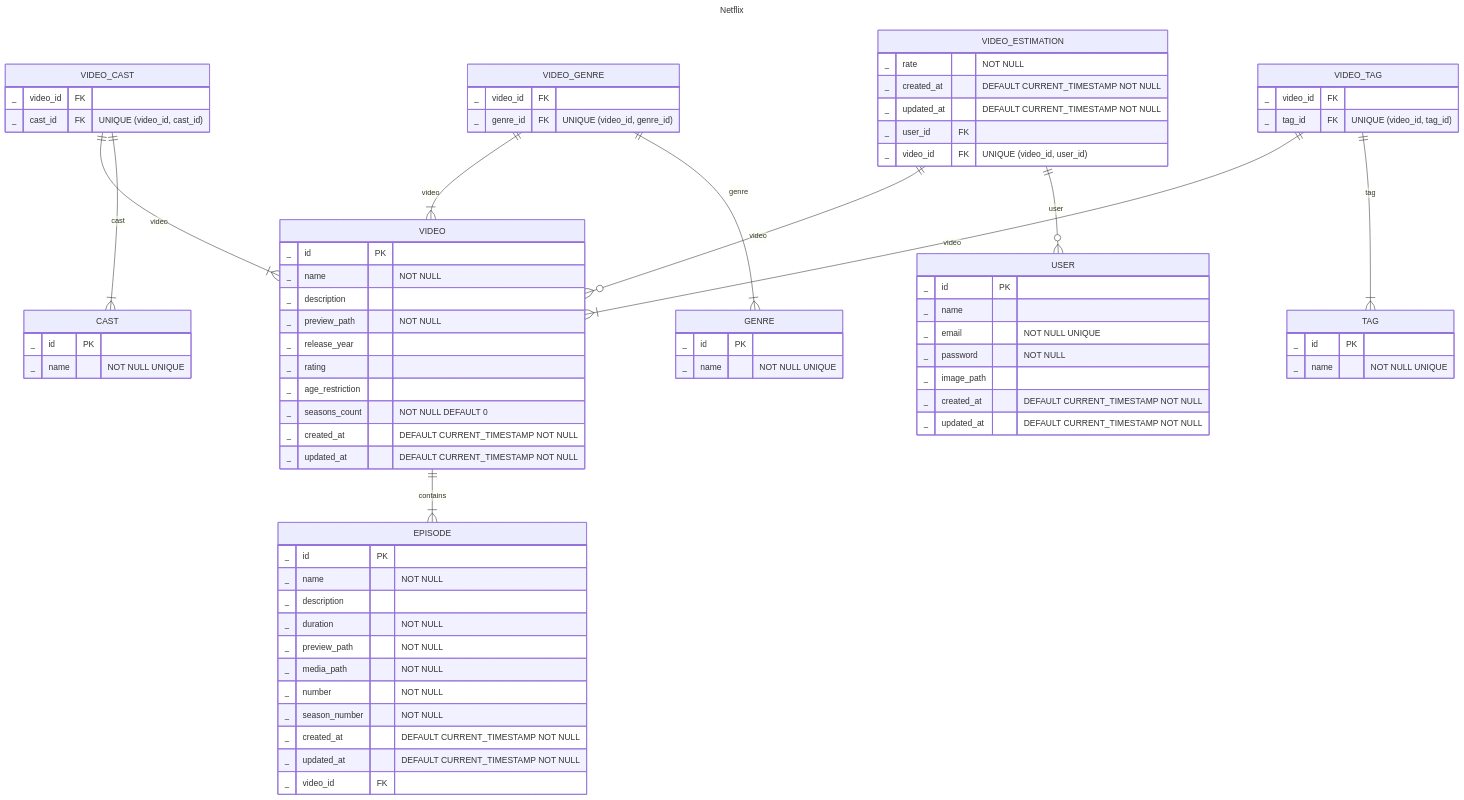
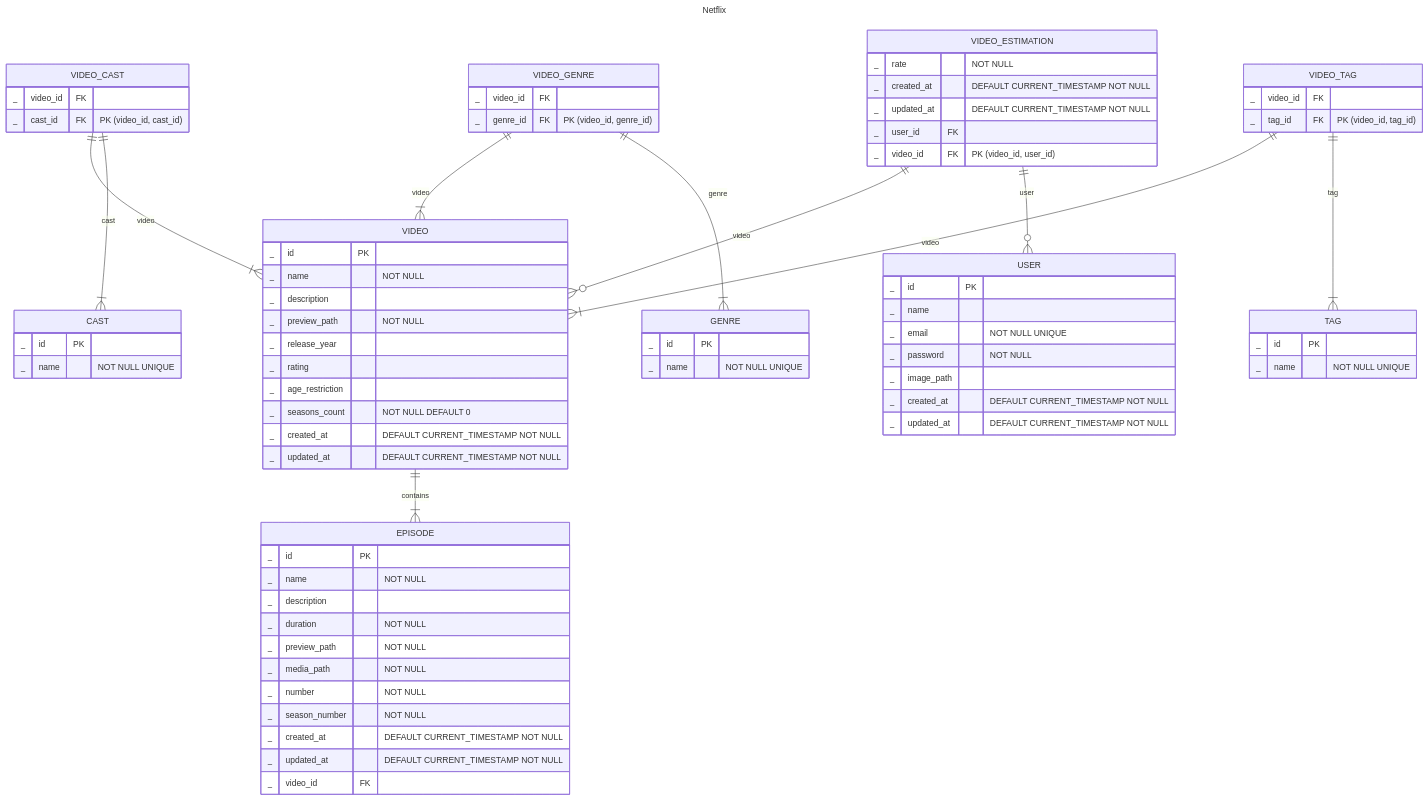
One commit to go-park-mail-ru/2023_2_Holi changed the diagram in db/ER.md. Above: the diagram before and after it, drawn with Mermaid.

Commit message:
swap unique with pk for m2m tables

````diff
--- a/db/ER.md
+++ b/db/ER.md
@@ -84,7 +84,7 @@
     VIDEO_CAST {
         _ video_id FK
         _ cast_id FK
-        "UNIQUE (video_id, cast_id)"
+        "PK (video_id, cast_id)"
     }
     
     GENRE {
@@ -97,7 +97,7 @@
     VIDEO_GENRE {
         _ video_id FK
         _ genre_id FK
-        "UNIQUE (video_id, genre_id)"
+        "PK (video_id, genre_id)"
     }
 
     USER {
@@ -118,7 +118,7 @@
         _ updated_at "DEFAULT CURRENT_TIMESTAMP NOT NULL"
         _ user_id FK
         _ video_id FK
-        "UNIQUE (video_id, user_id)"
+        "PK (video_id, user_id)"
     }
 
     TAG {
@@ -131,7 +131,7 @@
     VIDEO_TAG {
         _ video_id FK
         _ tag_id FK
-        "UNIQUE (video_id, tag_id)"
+        "PK (video_id, tag_id)"
     }    
 
 ```
````
